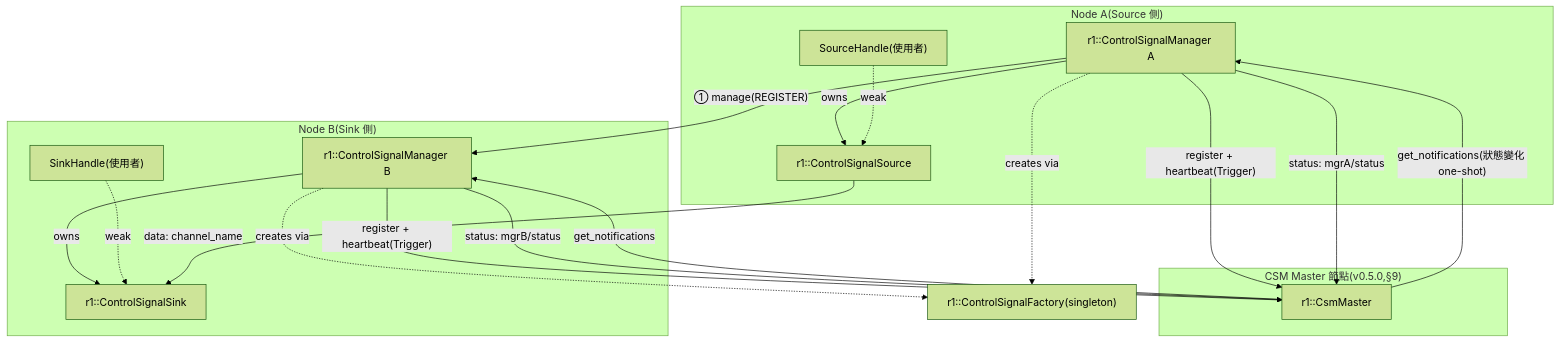
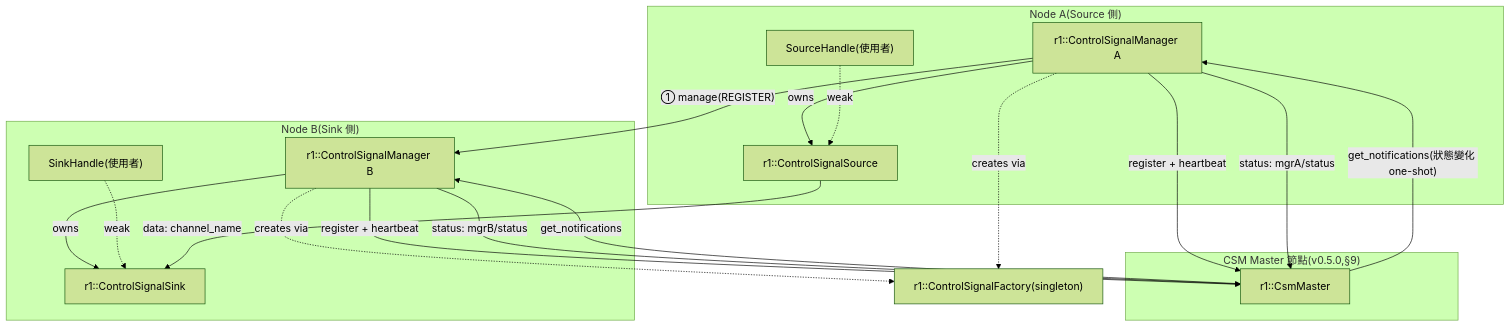
One commit to cocobird231/rv2_project changed the first of 42 diagrams in r1_design_draft.md. Above: the diagram before and after it, drawn with Mermaid (forest theme). The commit also changed other lines of this file, not shown here.

````diff
--- a/r1_design_draft.md
+++ b/r1_design_draft.md
@@ -201,31 +205,31 @@
 ```mermaid
 graph TB
     subgraph NodeA["Node A(Source 側)"]
         MA["r1::ControlSignalManager A"]
         SRC["r1::ControlSignalSource"]
         HA["SourceHandle(使用者)"]
         MA -->|owns| SRC
         HA -.weak.-> SRC
     end
     subgraph NodeB["Node B(Sink 側)"]
         MB["r1::ControlSignalManager B"]
         SNK["r1::ControlSignalSink"]
         HB["SinkHandle(使用者)"]
         MB -->|owns| SNK
         HB -.weak.-> SNK
     end
     MA -->|"① manage(REGISTER)"| MB
     SRC -->|"data: channel_name"| SNK
     subgraph Master["CSM Master 節點(v0.5.0,§9)"]
         CM["r1::CsmMaster"]
     end
-    MA -->|"register + heartbeat(Trigger)"| CM
-    MB -->|"register + heartbeat(Trigger)"| CM
+    MA -->|"register + heartbeat"| CM
+    MB -->|"register + heartbeat"| CM
     MA -->|"status: mgrA/status"| CM
     MB -->|"status: mgrB/status"| CM
     CM -->|"get_notifications(狀態變化 one-shot)"| MA
     CM -->|"get_notifications"| MB
     F["r1::ControlSignalFactory(singleton)"]
     MA -.creates via.-> F
     MB -.creates via.-> F
 ```
````
